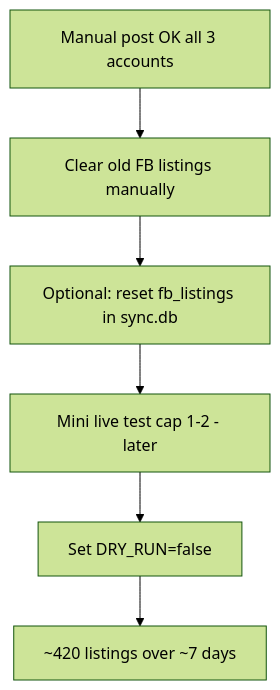
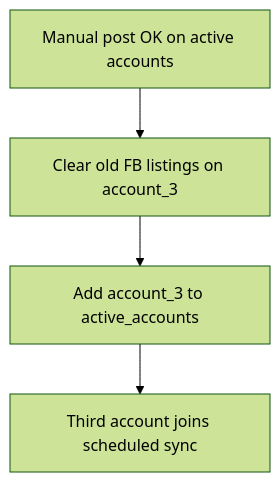
One commit to mg22mex/auto-upload changed the third of 3 diagrams in SETUP.md. Above: the diagram before and after it, drawn with Mermaid (forest theme). The commit also changed other lines of this file and 2 other files, not shown here.

First line of the commit message:
Update docs for live sync on account_1 and account_2.

````diff
--- a/SETUP.md
+++ b/SETUP.md
@@ -306,8 +311,6 @@
 ```mermaid
 flowchart TD
-    A[Manual post OK all 3 accounts] --> B[Clear old FB listings manually]
-    B --> C[Optional: reset fb_listings in sync.db]
-    C --> D[Mini live test cap 1-2 - later]
-    D --> E[Set DRY_RUN=false]
-    E --> F[~420 listings over ~7 days]
+    A[Manual post OK on active accounts] --> B[Clear old FB listings on account_3]
+    B --> C[Add account_3 to active_accounts]
+    C --> D[Third account joins scheduled sync]
 ```
````
